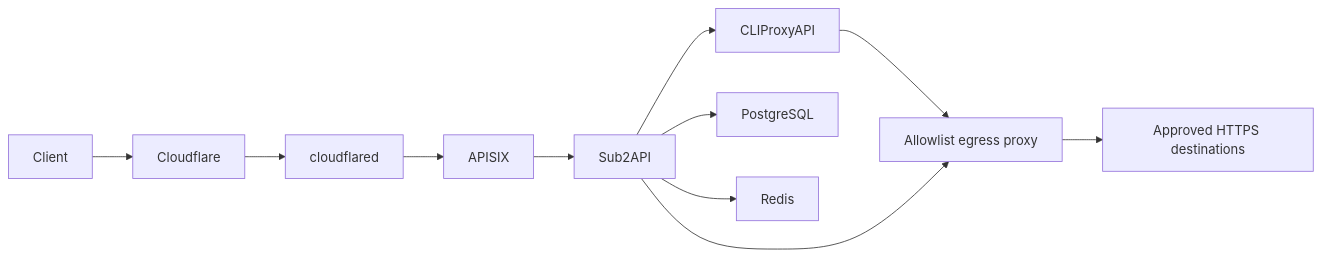
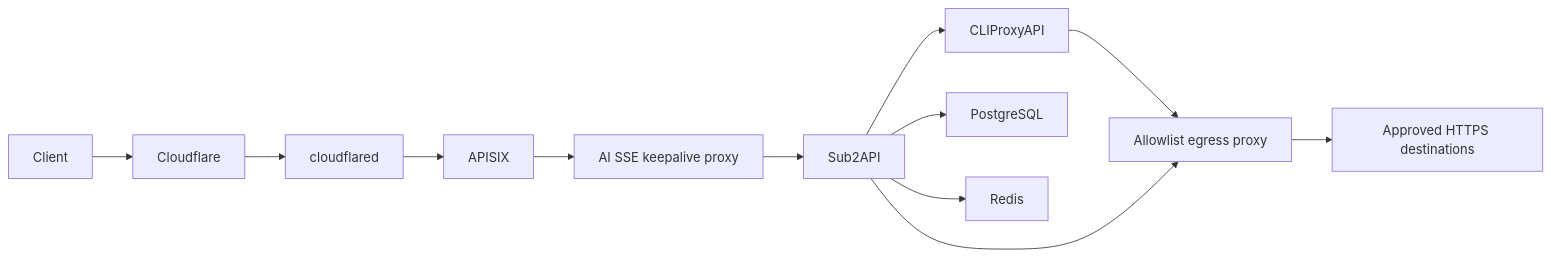
Before and after one commit to xz-dev/AI-gateway: the diagram in README.md, drawn with Mermaid. The commit also changed other lines of this file and 7 other files, not shown here.

Commit message:
feat(gateway): add AI SSE keepalive proxy

````diff
--- a/README.md
+++ b/README.md
@@ -7,13 +7,14 @@
 ```mermaid
 flowchart LR
   Client --> Cloudflare
   Cloudflare --> cloudflared
   cloudflared --> APISIX
-  APISIX --> Sub2API
+  APISIX --> Keepalive[AI SSE keepalive proxy]
+  Keepalive --> Sub2API
   Sub2API --> CPA[CLIProxyAPI]
   Sub2API --> PostgreSQL
   Sub2API --> Redis
   CPA --> Proxy[Allowlist egress proxy]
   Sub2API --> Proxy
   Proxy --> Providers[Approved HTTPS destinations]
 ```
````
